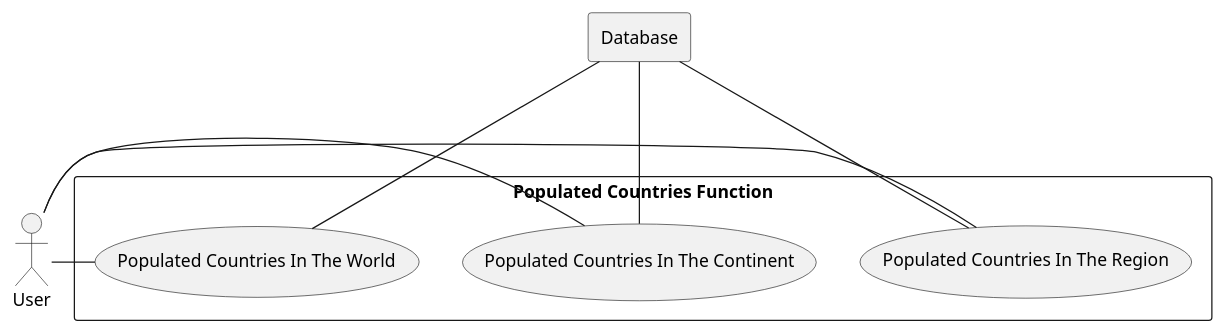
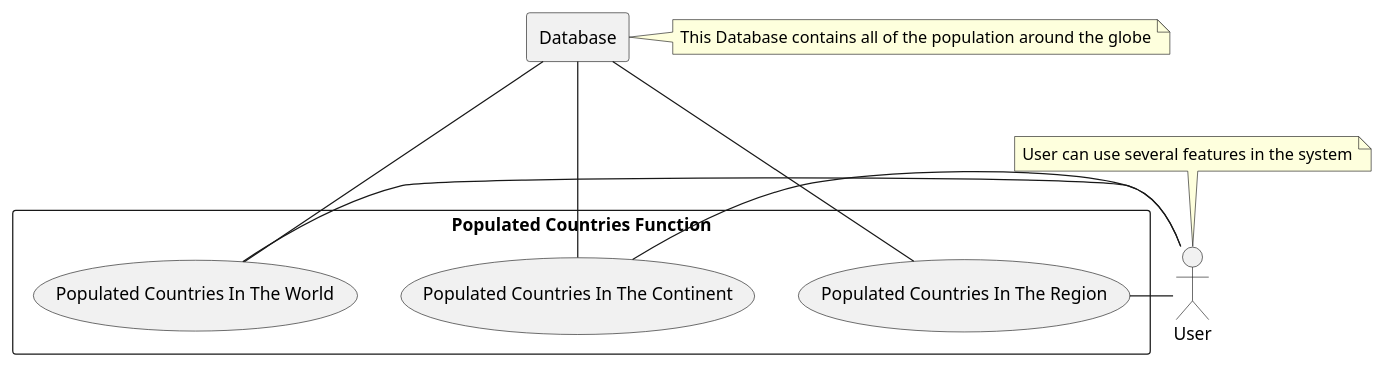
Before and after one commit to 40437404/DevOps_SET09623: the diagram in use-cases/PopulatedCountriesFunction.puml, drawn with PlantUML. The commit also changed 9 other files, not shown here.

Commit message:
UseCase Diagrams Updated

```diff
--- a/use-cases/PopulatedCountriesFunction.puml
+++ b/use-cases/PopulatedCountriesFunction.puml
@@ -1,15 +1,17 @@
 @startuml
            actor user as "User"
-           rectangle db as "Database"
+               note top of user: User can use several features in the system
+               rectangle db as "Database"
+               note right of db: This Database contains all of the population around the globe
            rectangle "Populated Countries Function"{
                usecase PCWORLD as "Populated Countries In The World"
                usecase PCCONTINENT as "Populated Countries In The Continent"
                usecase PCREGION as "Populated Countries In The Region"
                user - PCWORLD
                user - PCCONTINENT
                user - PCREGION
                db --- PCWORLD
                db --- PCCONTINENT
                db --- PCREGION
            }
 @enduml
```
